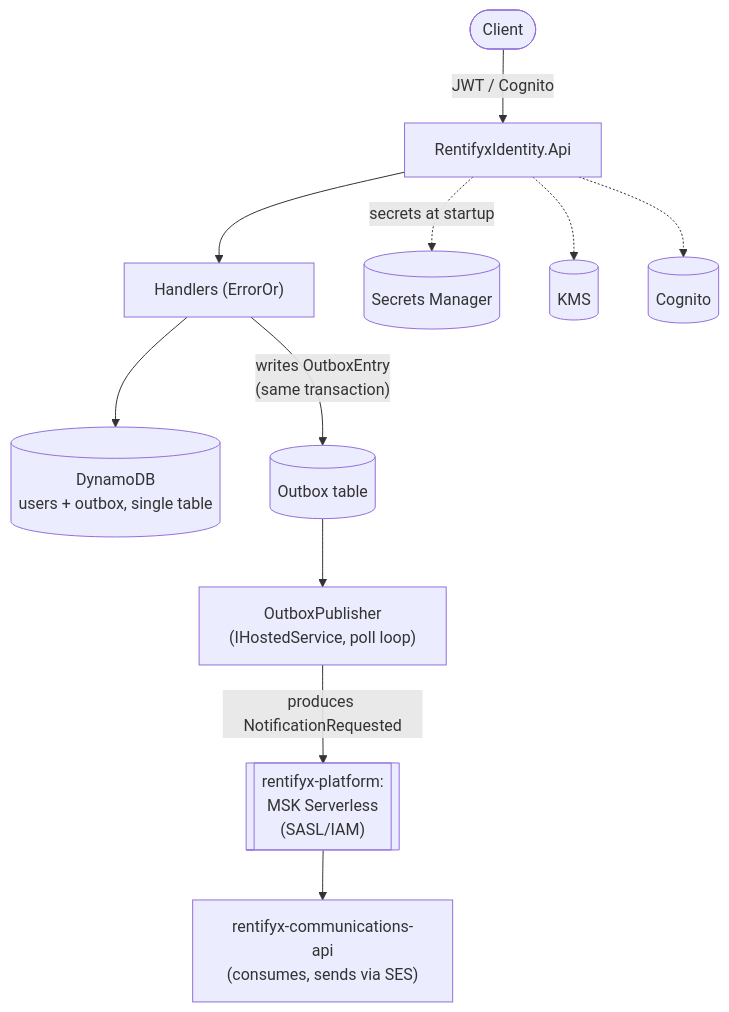
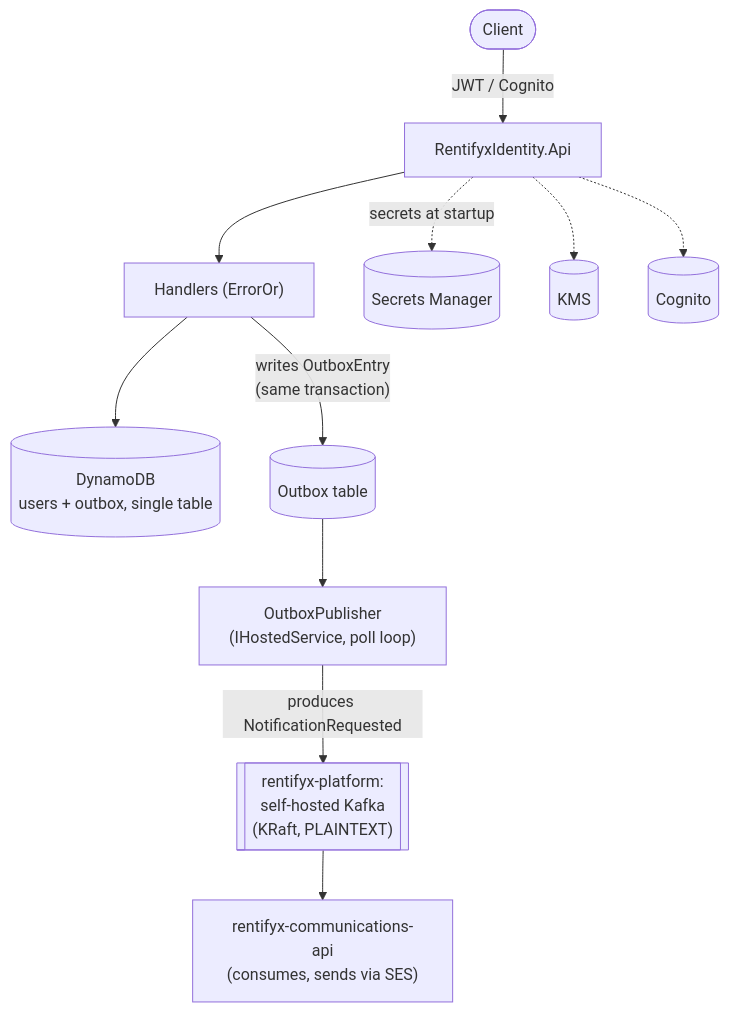
Before and after one commit to eugeniobandeira/rentifyx-identity-api: the diagram in README.md, drawn with Mermaid. The commit also changed other lines of this file and 10 other files, not shown here.

````diff
--- a/README.md
+++ b/README.md
@@ -24,15 +24,15 @@
 ```mermaid
 flowchart TB
     Client(["Client"]) -->|JWT / Cognito| Api["RentifyxIdentity.Api"]
     Api --> Domain["Handlers (ErrorOr)"]
     Domain --> DynamoDB[("DynamoDB<br/>users + outbox, single table")]
     Domain -->|"writes OutboxEntry<br/>(same transaction)"| Outbox[("Outbox table")]
 
     Outbox --> Publisher["OutboxPublisher<br/>(IHostedService, poll loop)"]
-    Publisher -->|"produces NotificationRequested"| MSK[["rentifyx-platform:<br/>MSK Serverless<br/>(SASL/IAM)"]]
+    Publisher -->|"produces NotificationRequested"| MSK[["rentifyx-platform:<br/>self-hosted Kafka<br/>(KRaft, PLAINTEXT)"]]
     MSK --> CommsAPI["rentifyx-communications-api<br/>(consumes, sends via SES)"]
 
     Api -.->|secrets at startup| SecretsManager[("Secrets Manager")]
     Api -.-> KMS[("KMS")]
     Api -.-> Cognito[("Cognito")]
 ```
````
